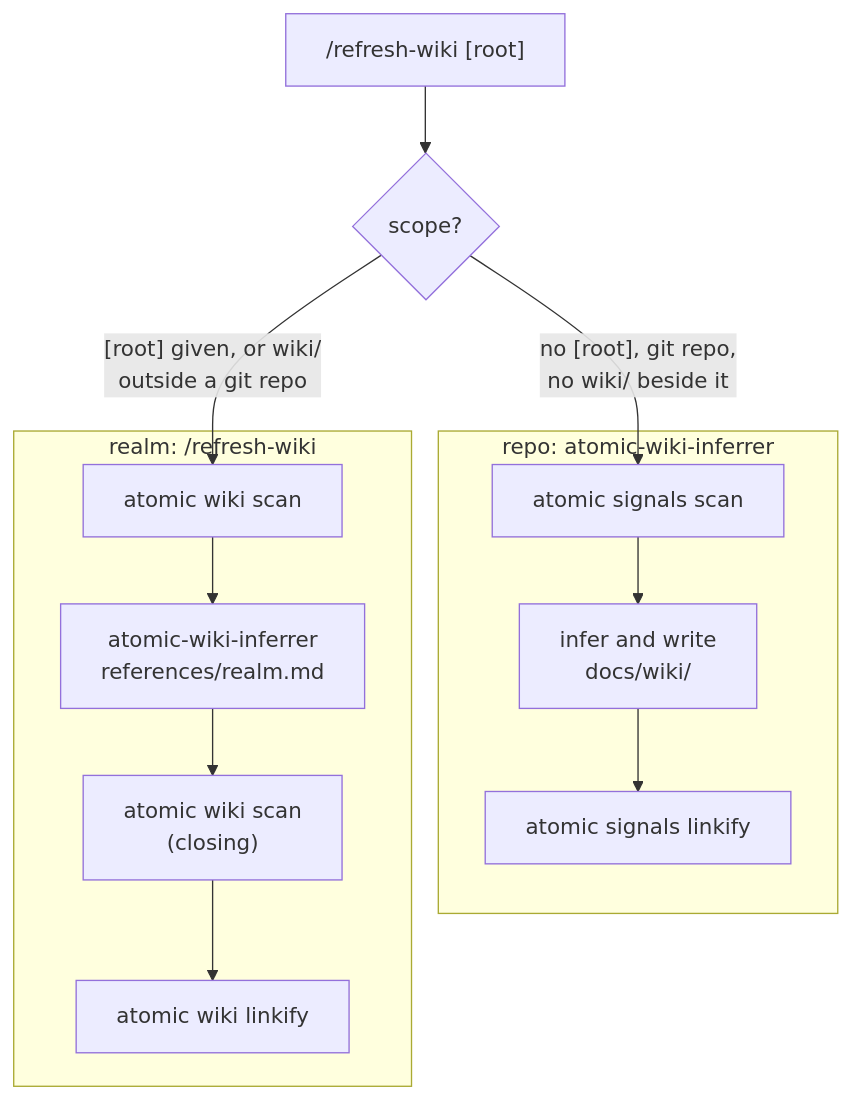
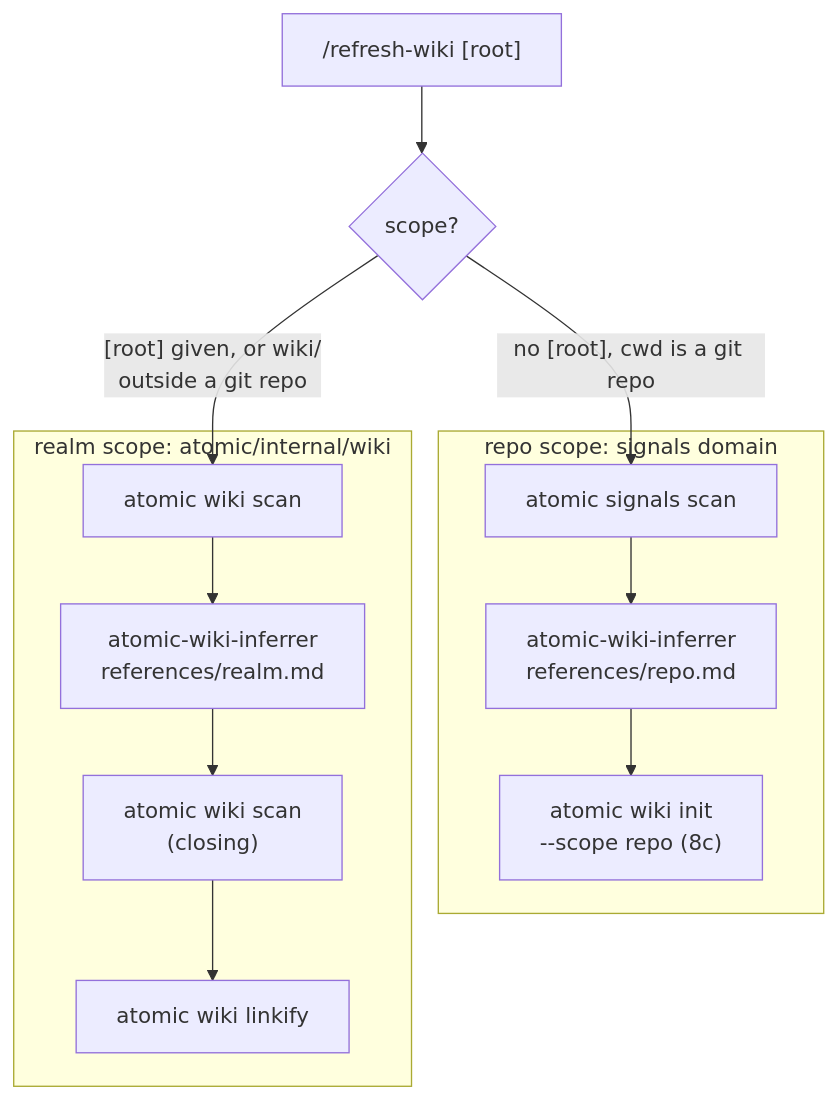
Before and after one commit to damusix/atomic-claude: the first of 11 diagrams in docs/wiki/wiki.md, drawn with Mermaid. The commit also changed other lines of this file and 795 other files, not shown here.

````diff
--- a/docs/wiki/wiki.md
+++ b/docs/wiki/wiki.md
@@ -25,18 +27,18 @@
 ```mermaid
 flowchart TD
     %% source: context/commands/refresh-wiki.md, context/skills/atomic-wiki/references/repo.md, context/skills/atomic-wiki/references/realm.md
     RW["/refresh-wiki [root]"] --> D{"scope?"}
-    D -->|"no [root], git repo,<br/>no wiki/ beside it"| A1
+    D -->|"no [root], cwd is a git repo"| A1
     D -->|"[root] given, or wiki/<br/>outside a git repo"| B1
 
-    subgraph P1["repo: atomic-wiki-inferrer"]
-        A1["atomic signals scan"] --> A3["infer and write<br/>docs/wiki/"]
-        A3 --> A5["atomic signals linkify"]
+    subgraph P1["repo scope: signals domain"]
+        A1["atomic signals scan"] --> A3["atomic-wiki-inferrer<br/>references/repo.md"]
+        A3 --> A4["atomic wiki init<br/>--scope repo (8c)"]
     end
 
-    subgraph P2["realm: /refresh-wiki"]
+    subgraph P2["realm scope: atomic/internal/wiki"]
         B1["atomic wiki scan"] --> B2["atomic-wiki-inferrer<br/>references/realm.md"]
         B2 --> B3["atomic wiki scan<br/>(closing)"]
         B3 --> B4["atomic wiki linkify"]
     end
 ```
````
